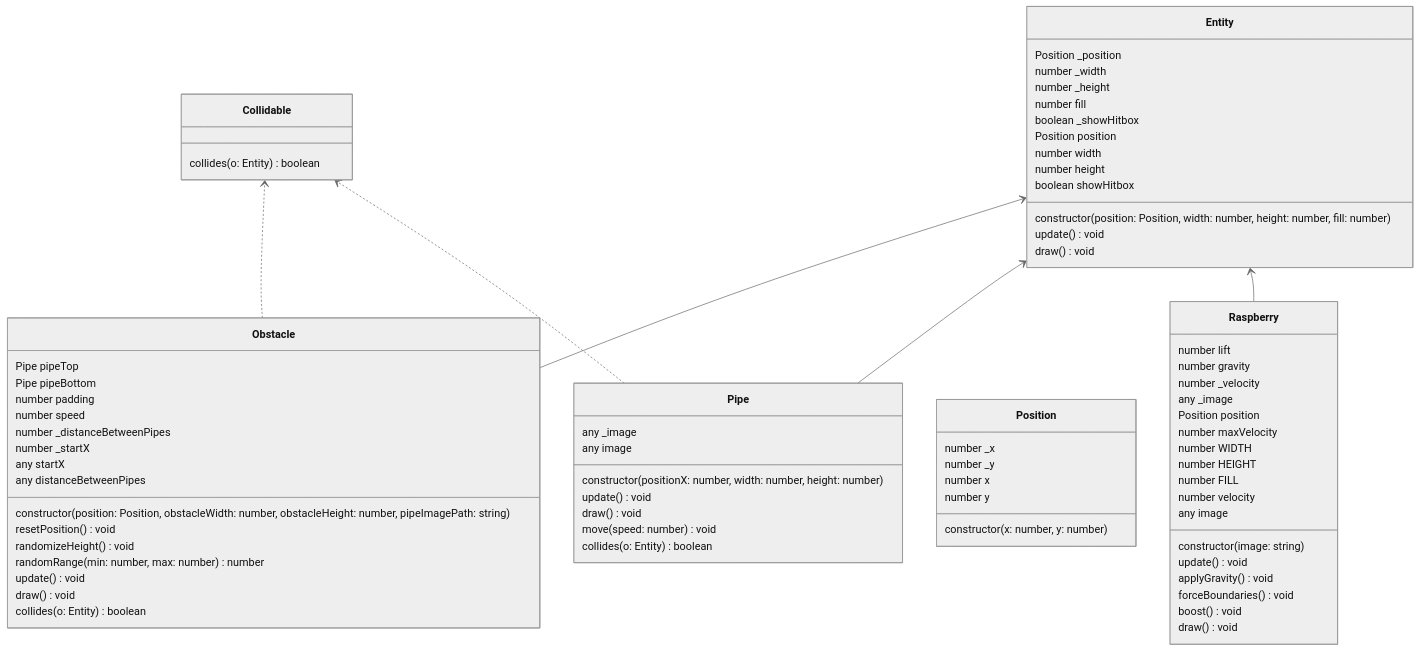
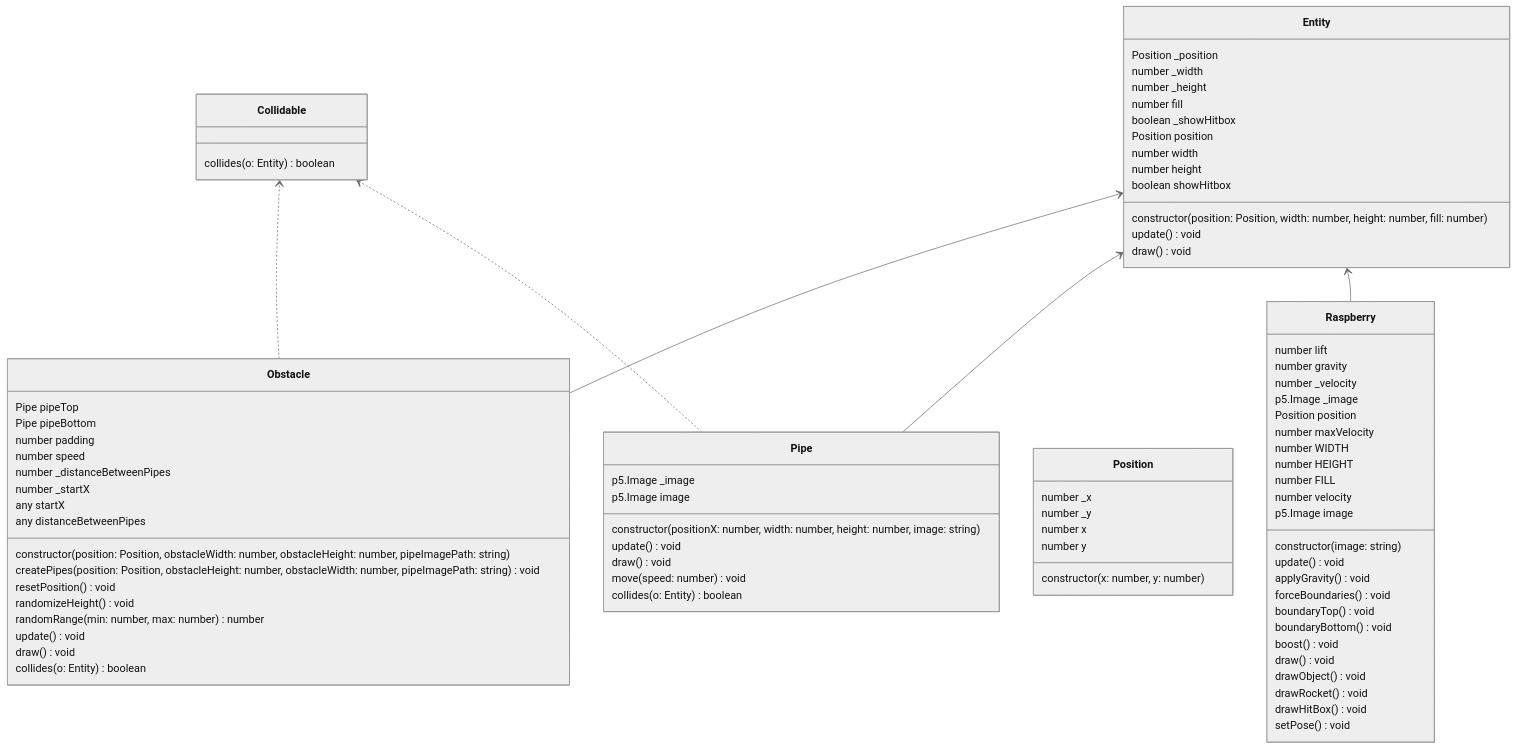
The diagram in frontend/README.md (s-prechtl/RaspberryRocketeer), drawn with Mermaid (neutral theme) before and after one commit.

Commit message:
update frontend class diagram

```diff
--- a/frontend/README.md
+++ b/frontend/README.md
@@ -26,6 +26,7 @@
    number speed
    number _distanceBetweenPipes
    number _startX
+   createPipes(position: Position, obstacleHeight: number, obstacleWidth: number, pipeImagePath: string) void
    resetPosition() void
    randomizeHeight() void
    randomRange(min: number, max: number) number
@@ -36,13 +37,13 @@
    any distanceBetweenPipes
 }
 class Pipe {
-   constructor(positionX: number, width: number, height: number) 
-   any _image
+   constructor(positionX: number, width: number, height: number, image: string) 
+   p5.Image _image
    update() void
    draw() void
    move(speed: number) void
    collides(o: Entity) boolean
-   any image
+   p5.Image image
 }
 class Position {
    constructor(x: number, y: number) 
@@ -56,7 +57,7 @@
    number lift
    number gravity
    number _velocity
-   any _image
+   p5.Image _image
    Position position
    number maxVelocity
    number WIDTH
@@ -65,10 +66,16 @@
    update() void
    applyGravity() void
    forceBoundaries() void
+   boundaryTop() void
+   boundaryBottom() void
    boost() void
    draw() void
+   drawObject() void
+   drawRocket() void
+   drawHitBox() void
+   setPose() void
    number velocity
-   any image
+   p5.Image image
 }
 
 Obstacle  ..>  Collidable 
```
